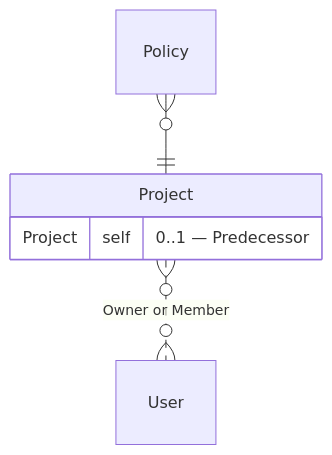
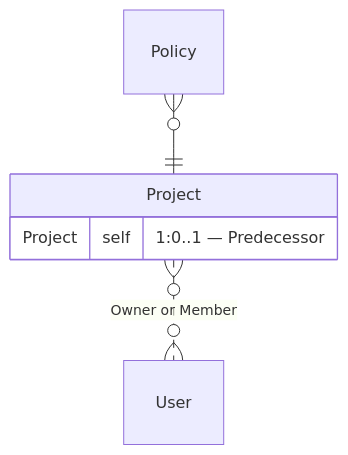
Before and after one commit to stacklok/modelith: the diagram in examples/example.modelith.md, drawn with Mermaid. The commit also changed 10 other files, not shown here.

````diff
--- a/examples/example.modelith.md
+++ b/examples/example.modelith.md
@@ -90,10 +90,10 @@
 ```mermaid
 erDiagram
     Policy {}
     Project {
-        Project self "0..1 — Predecessor"
+        Project self "1:0..1 — Predecessor"
     }
     User {}
     Policy }o--|| Project : ""
     Project }o..o{ User : "Owner or Member"
 ```
````
